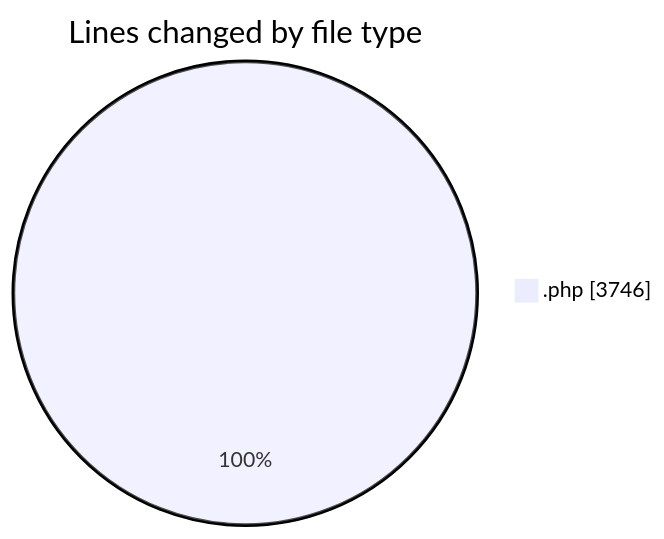
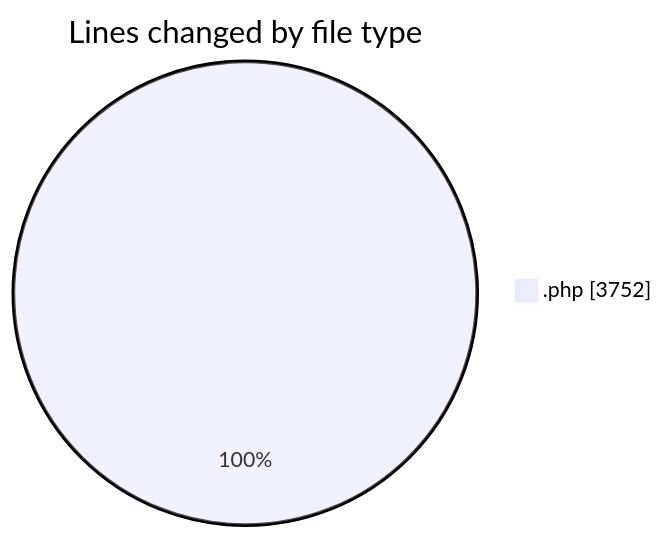
One commit to debugP/code-tracking changed the first of 2 diagrams in 2026-08-05/untitled__workspace_/README.md. Above: the diagram before and after it, drawn with Mermaid. The commit also changed other lines of this file and 1 other file, not shown here.

````diff
--- a/2026-08-05/untitled__workspace_/README.md
+++ b/2026-08-05/untitled__workspace_/README.md
@@ -21,5 +21,5 @@
 ```mermaid
 pie showData
 title Lines changed by file type
-".php" : 3746
+".php" : 3752
 ```
````
